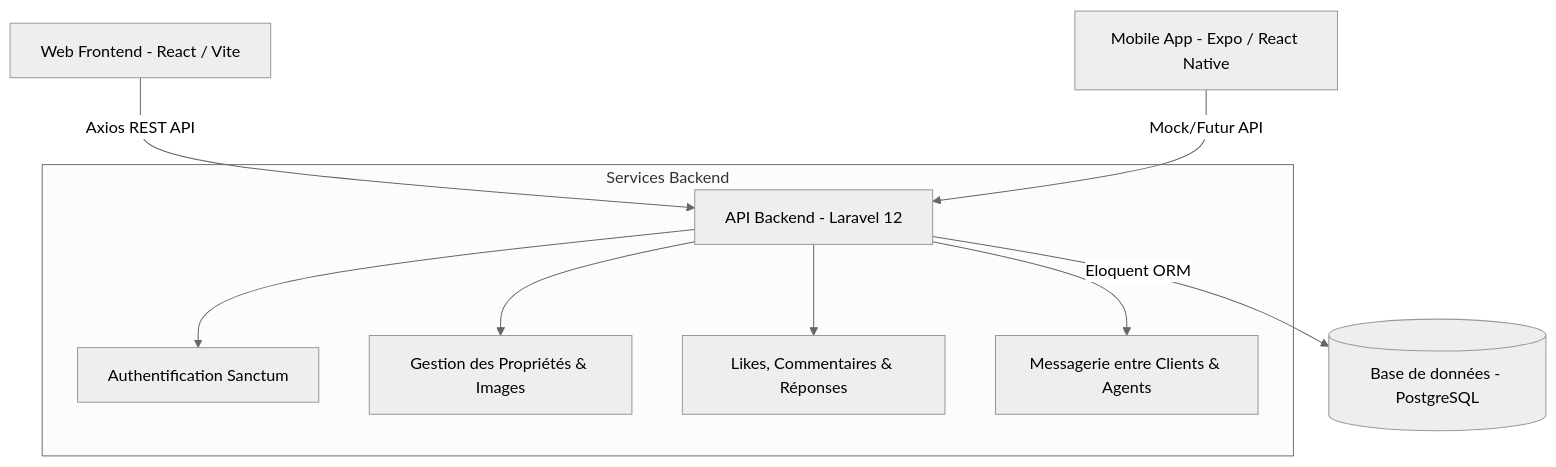
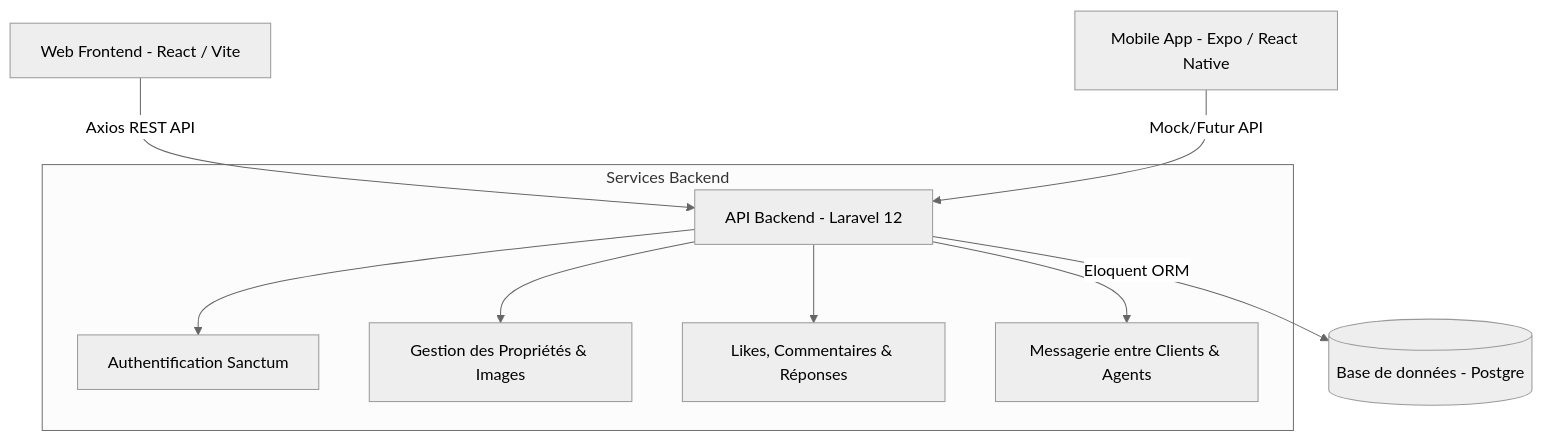
Before and after one commit to nosleepman1/immo-Prestige: the diagram in README.md, drawn with Mermaid (neutral theme).

Commit message:
docs: rename PostgreSQL to Postgre in README architecture diagram

````diff
--- a/README.md
+++ b/README.md
@@ -9,17 +9,17 @@
 ```mermaid
 graph TD
     %% Frontend / Clients
     Web[Web Frontend - React / Vite] -->|Axios REST API| API[API Backend - Laravel 12]
     Mobile[Mobile App - Expo / React Native] -->|Mock/Futur API| API
 
     %% Backend
-    API -->|Eloquent ORM| DB[(Base de données - PostgreSQL)]
+    API -->|Eloquent ORM| DB[(Base de données - Postgre)]
 
     %% Features within API
     subgraph Services Backend
         API --> Auths[Authentification Sanctum]
         API --> Props[Gestion des Propriétés & Images]
         API --> Social[Likes, Commentaires & Réponses]
         API --> Messaging[Messagerie entre Clients & Agents]
     end
 ```
````
